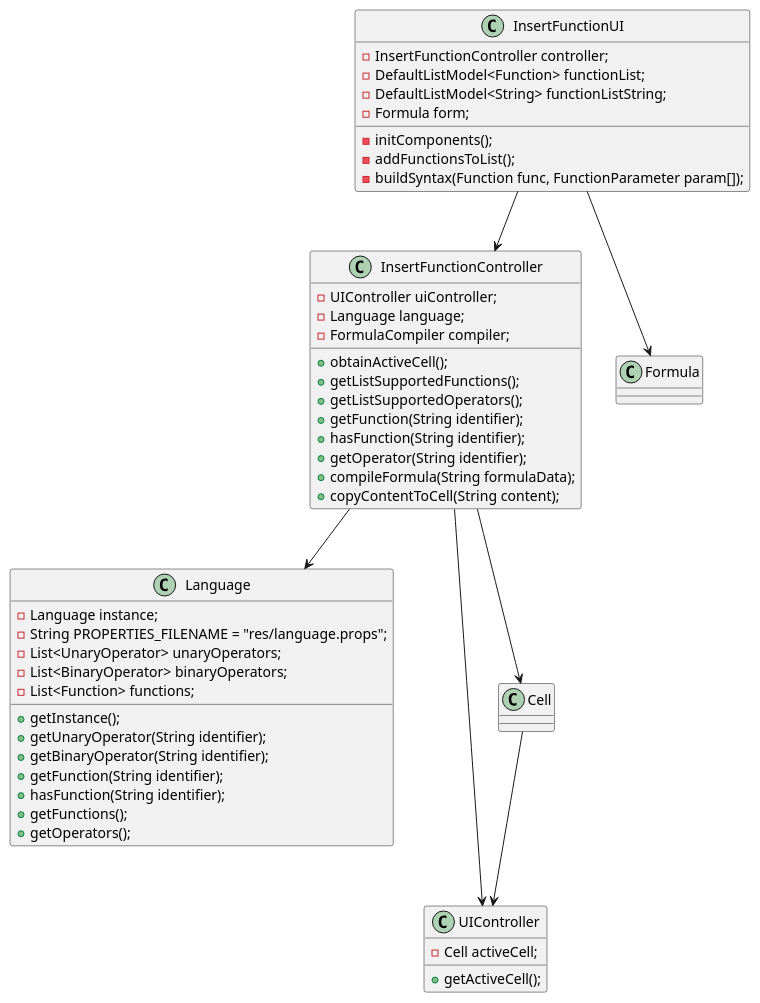
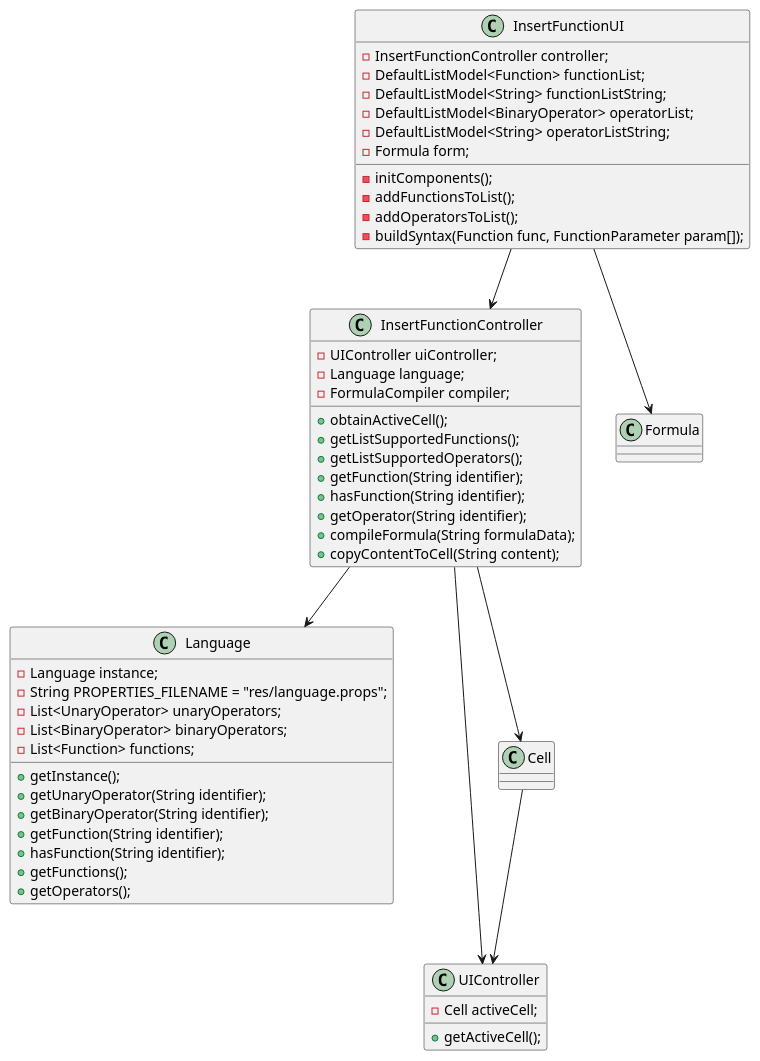
One commit to PeFerreira98/ISEP.Lic.LAPR4_2017 changed the diagram in src/main/java/lapr4/green/s3/lang/n1130626/intermediatewizard/lang04.2_design_part2.puml. Above: the diagram before and after it, drawn with PlantUML.

Commit message:
#LAPR4E17DL-61 #comment Javadoc update

```diff
--- a/src/main/java/lapr4/green/s3/lang/n1130626/intermediatewizard/lang04.2_design_part2.puml
+++ b/src/main/java/lapr4/green/s3/lang/n1130626/intermediatewizard/lang04.2_design_part2.puml
@@ -1,59 +1,62 @@
 @startuml lang04.02_design_part2.png
 
   class InsertFunctionUI {
     -InsertFunctionController controller;
     -DefaultListModel<Function> functionList;
     -DefaultListModel<String> functionListString;
+    -DefaultListModel<BinaryOperator> operatorList;
+    -DefaultListModel<String> operatorListString;
     -Formula form;
     -initComponents();
     -addFunctionsToList();
+    -addOperatorsToList();
     -buildSyntax(Function func, FunctionParameter param[]);
   }
 
   class InsertFunctionController {
     -UIController uiController;
     -Language language;
     -FormulaCompiler compiler;
     +obtainActiveCell();
     +getListSupportedFunctions();
     +getListSupportedOperators();
     +getFunction(String identifier);
     +hasFunction(String identifier);
     +getOperator(String identifier);
     +compileFormula(String formulaData);
     +copyContentToCell(String content);
   }
 
   class Language {
     -Language instance;
     -String PROPERTIES_FILENAME = "res/language.props";
     -List<UnaryOperator> unaryOperators;
     -List<BinaryOperator> binaryOperators;
     -List<Function> functions;
     +getInstance();
     +getUnaryOperator(String identifier);
     +getBinaryOperator(String identifier);
     +getFunction(String identifier);
     +hasFunction(String identifier);
     +getFunctions();
     +getOperators();
   }
 
   class Formula {
   }
 
   class UIController {
     -Cell activeCell;
     +getActiveCell();
   }
 
   class Cell {
   }
 
     InsertFunctionUI --> InsertFunctionController
     InsertFunctionUI --> Formula
     InsertFunctionController --> Language
     InsertFunctionController --> UIController
     InsertFunctionController --> Cell
     Cell --> UIController
 @enduml
```
